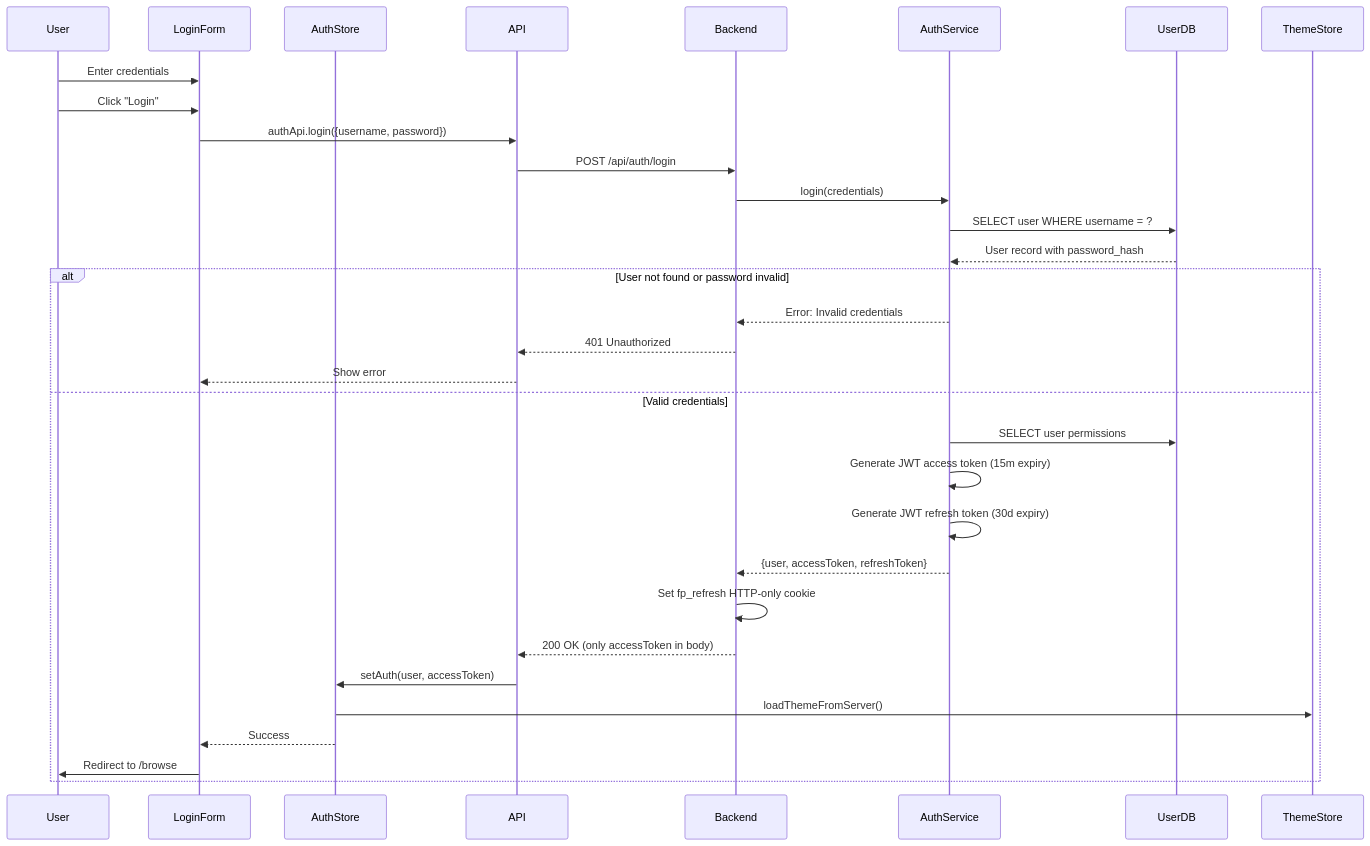
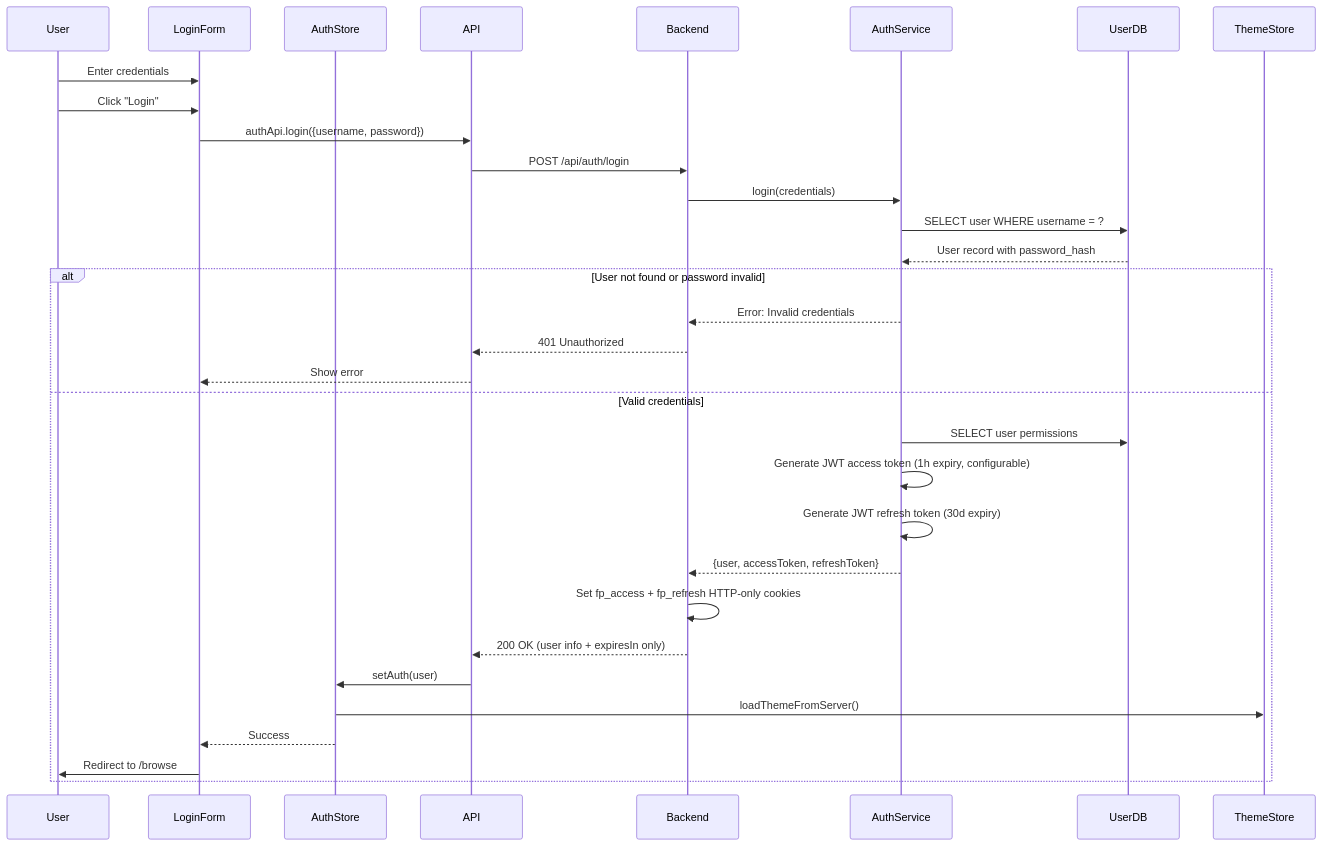
Before and after one commit to darkraise/flashpoint-web: the third of 7 diagrams in docs/02-architecture/authentication-flow.md, drawn with Mermaid. The commit also changed other lines of this file and 18 other files, not shown here.

````diff
--- a/docs/02-architecture/authentication-flow.md
+++ b/docs/02-architecture/authentication-flow.md
@@ -118,39 +117,39 @@
 ```mermaid
 sequenceDiagram
     participant User
     participant LoginForm
     participant AuthStore
     participant API
     participant Backend
     participant AuthService
     participant UserDB
     participant ThemeStore
 
     User->>LoginForm: Enter credentials
     User->>LoginForm: Click "Login"
 
     LoginForm->>API: authApi.login({username, password})
     API->>Backend: POST /api/auth/login
 
     Backend->>AuthService: login(credentials)
     AuthService->>UserDB: SELECT user WHERE username = ?
     UserDB-->>AuthService: User record with password_hash
 
     alt User not found or password invalid
         AuthService-->>Backend: Error: Invalid credentials
         Backend-->>API: 401 Unauthorized
         API-->>LoginForm: Show error
     else Valid credentials
         AuthService->>UserDB: SELECT user permissions
-        AuthService->>AuthService: Generate JWT access token (15m expiry)
+        AuthService->>AuthService: Generate JWT access token (1h expiry, configurable)
         AuthService->>AuthService: Generate JWT refresh token (30d expiry)
         AuthService-->>Backend: {user, accessToken, refreshToken}
-        Backend->>Backend: Set fp_refresh HTTP-only cookie
-        Backend-->>API: 200 OK (only accessToken in body)
+        Backend->>Backend: Set fp_access + fp_refresh HTTP-only cookies
+        Backend-->>API: 200 OK (user info + expiresIn only)
 
-        API->>AuthStore: setAuth(user, accessToken)
+        API->>AuthStore: setAuth(user)
         AuthStore->>ThemeStore: loadThemeFromServer()
         AuthStore-->>LoginForm: Success
         LoginForm->>User: Redirect to /browse
     end
 ```
````
